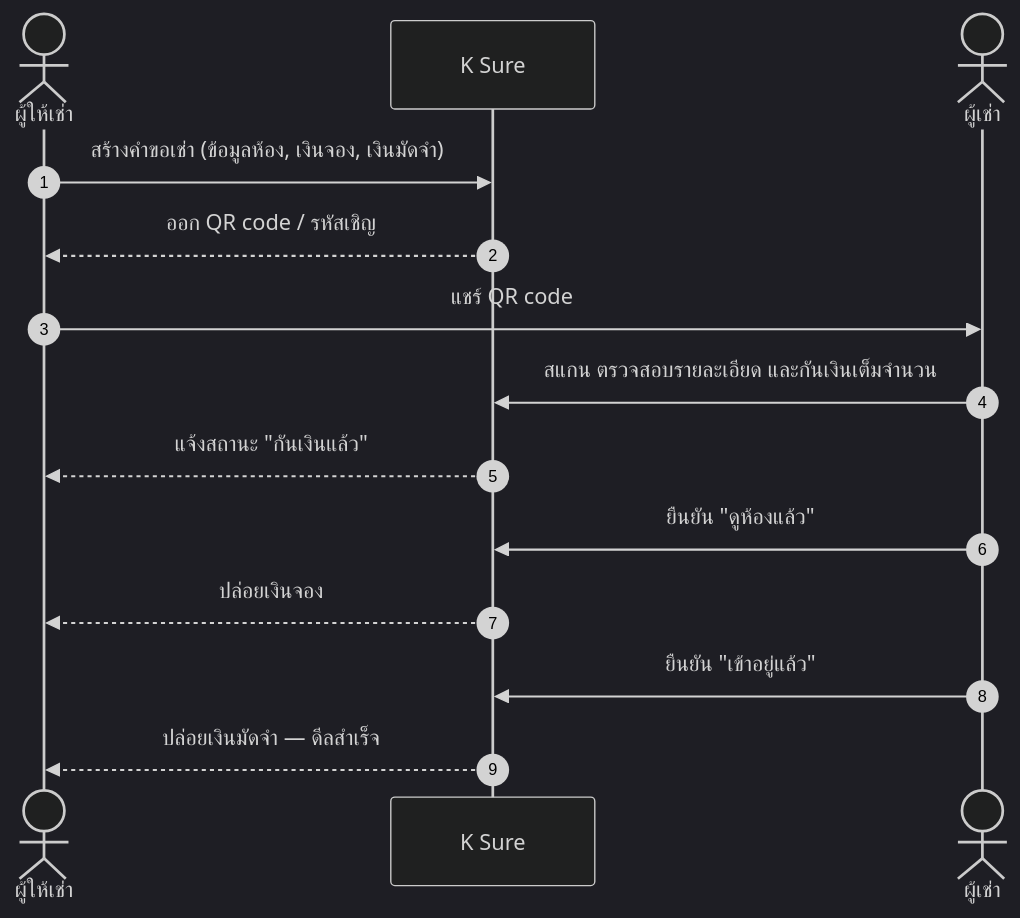
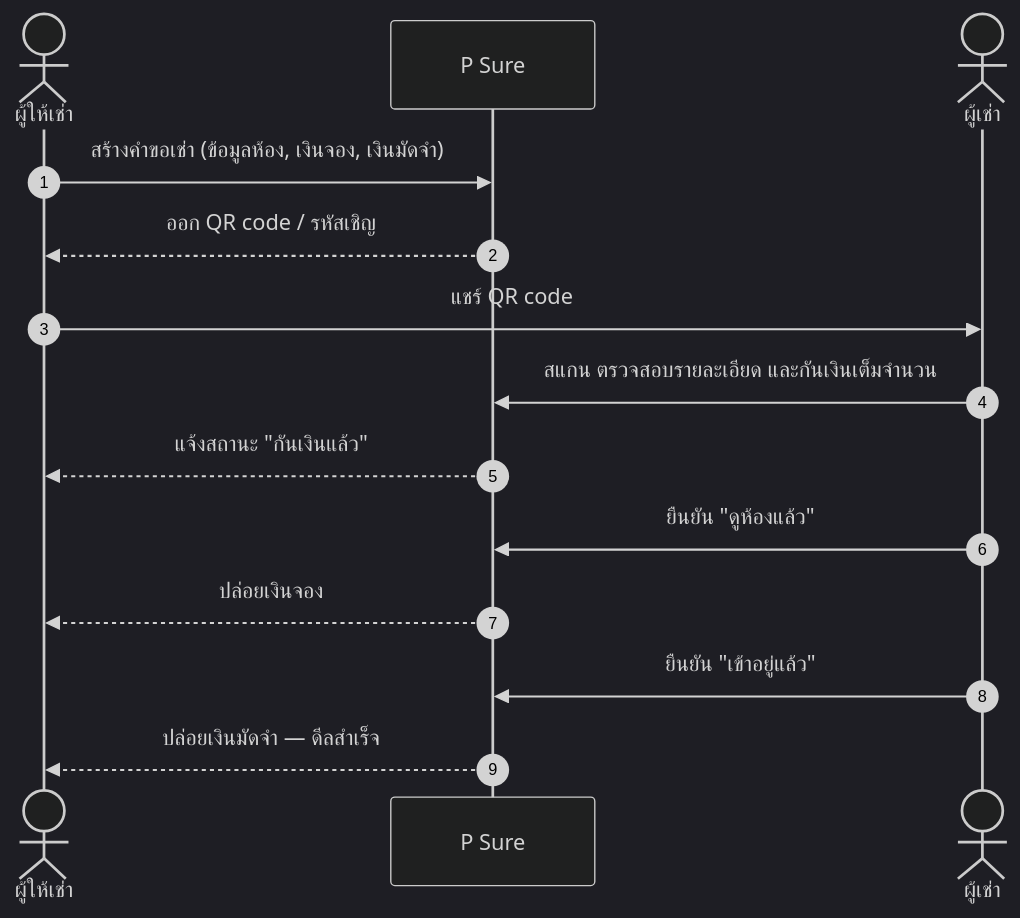
One commit to suphanatchanlek30/KBTG-Kampus-Hackathon-2026-Intern-Edition changed the first of 3 diagrams in README.md. Above: the diagram before and after it, drawn with Mermaid (dark theme). The commit also changed other lines of this file and 143 other files, not shown here.

````diff
--- a/README.md
+++ b/README.md
@@ -112,17 +112,17 @@
 ```mermaid
 sequenceDiagram
   autonumber
   actor L as ผู้ให้เช่า
-  participant K as K Sure
+  participant K as P Sure
   actor T as ผู้เช่า
 
   L->>K: สร้างคำขอเช่า (ข้อมูลห้อง, เงินจอง, เงินมัดจำ)
   K-->>L: ออก QR code / รหัสเชิญ
   L->>T: แชร์ QR code
   T->>K: สแกน ตรวจสอบรายละเอียด และกันเงินเต็มจำนวน
   K-->>L: แจ้งสถานะ "กันเงินแล้ว"
   T->>K: ยืนยัน "ดูห้องแล้ว"
   K-->>L: ปล่อยเงินจอง
   T->>K: ยืนยัน "เข้าอยู่แล้ว"
   K-->>L: ปล่อยเงินมัดจำ — ดีลสำเร็จ
 ```
````
